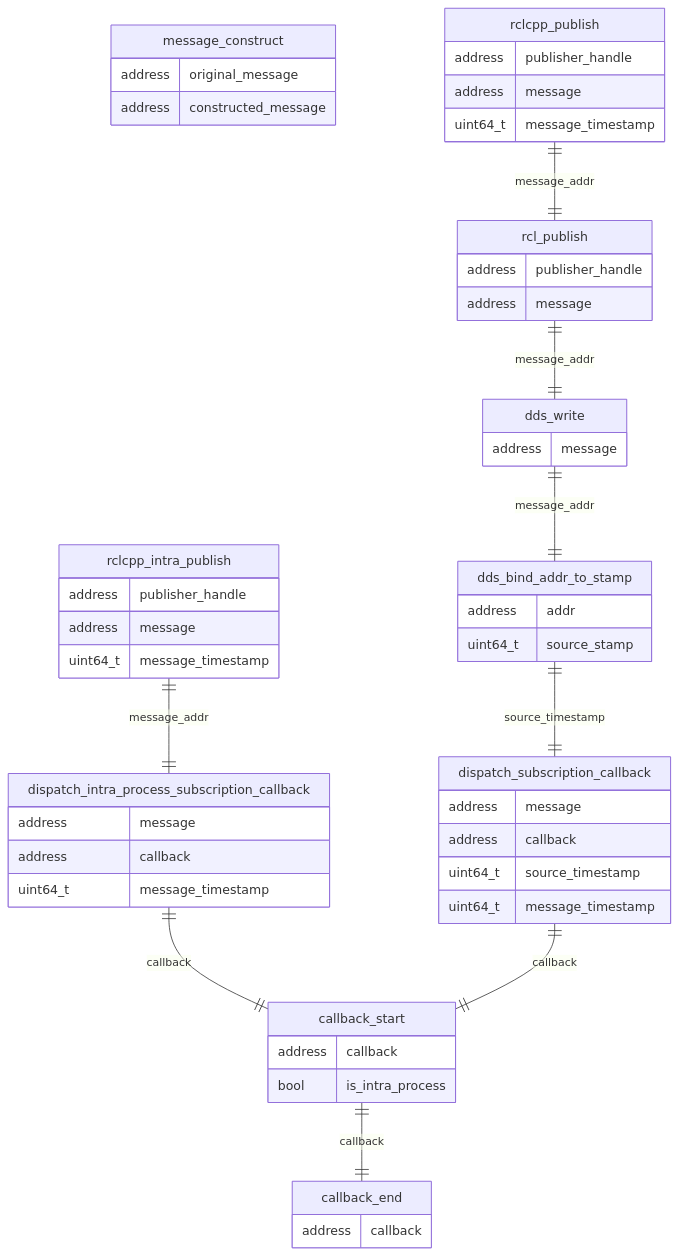
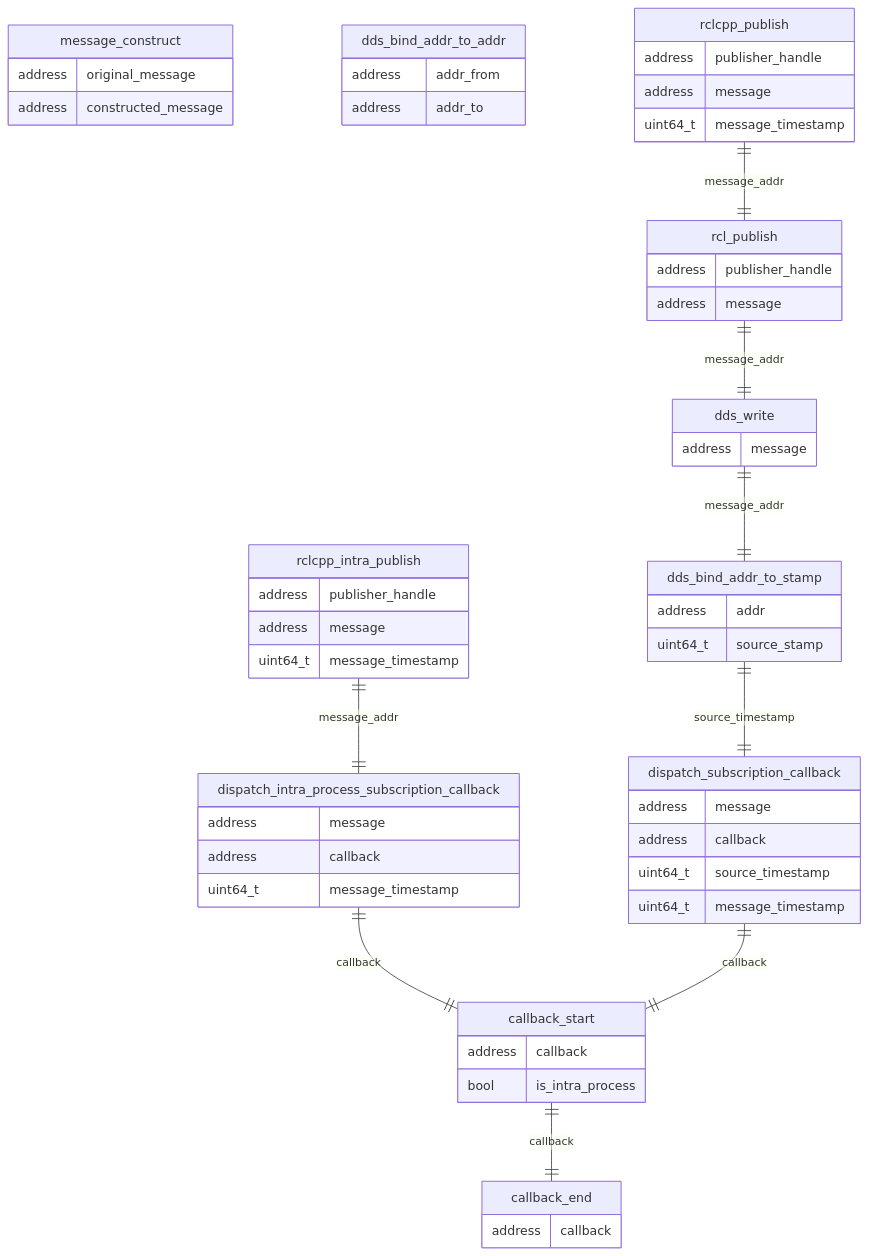
One commit to hsgwa/CARET_doc changed the diagram in docs/design/trace_points/runtime_trace_points.md. Above: the diagram before and after it, drawn with Mermaid. The commit also changed other lines of this file and 24 other files, not shown here.

````diff
--- a/docs/design/trace_points/runtime_trace_points.md
+++ b/docs/design/trace_points/runtime_trace_points.md
@@ -3,69 +3,74 @@
 ```mermaid
 erDiagram
 
  callback_start{
  address callback
  bool is_intra_process
  }
 
  callback_end{
  address callback
  }
 
  message_construct{
  address original_message
  address constructed_message
+ }
+
+ dds_bind_addr_to_addr{
+ address addr_from
+ address addr_to
  }
 
  rclcpp_intra_publish{
  address publisher_handle
  address message
  uint64_t message_timestamp
  }
 
  dispatch_subscription_callback{
  address message
  address callback
  uint64_t source_timestamp
  uint64_t message_timestamp
  }
 
  dispatch_intra_process_subscription_callback{
  address message
  address callback
  uint64_t message_timestamp
  }
 
  rcl_publish{
  address publisher_handle
  address message
  }
 
  rclcpp_publish{
  address publisher_handle
  address message
  uint64_t message_timestamp
  }
 
  dds_write{
  address message
  }
 
  dds_bind_addr_to_stamp{
  address addr
  uint64_t source_stamp
  }
 
     rclcpp_intra_publish ||--|| dispatch_intra_process_subscription_callback: message_addr
     rclcpp_publish ||--|| rcl_publish: message_addr
     rcl_publish ||--|| dds_write: message_addr
     dds_write ||--|| dds_bind_addr_to_stamp: message_addr
 
     dds_bind_addr_to_stamp ||--|| dispatch_subscription_callback: source_timestamp
 
 
     dispatch_intra_process_subscription_callback ||--|| callback_start: callback
     dispatch_subscription_callback ||--|| callback_start: callback
     callback_start ||--|| callback_end: callback
 
 ```
````
